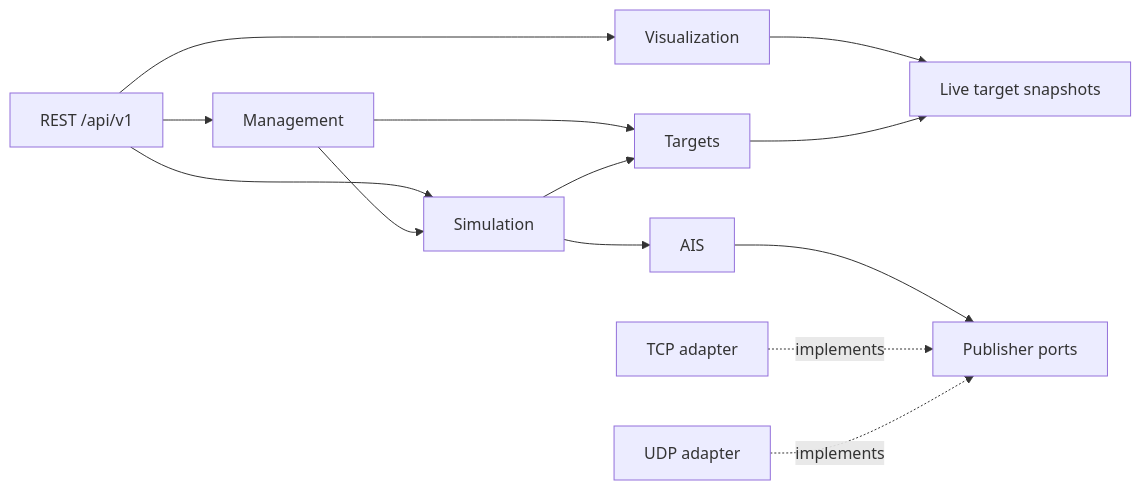
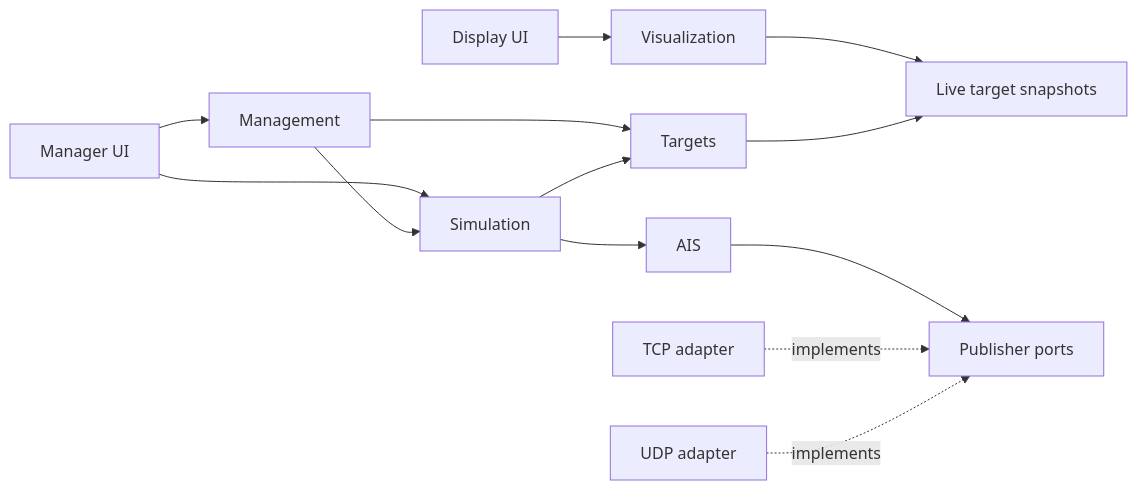
The diagram in README.md (miroslav-matejovsky/ais-test-bench), drawn with Mermaid before and after one commit. The commit also changed other lines of this file and 42 other files, not shown here.

````diff
--- a/README.md
+++ b/README.md
@@ -27,15 +26,15 @@
 ```mermaid
 flowchart LR
-    HTTP["REST /api/v1"] --> Management
-    HTTP --> Visualization
-    HTTP --> Simulation
+    Manager["Manager UI"] --> Management
+    Manager --> Simulation
+    Display["Display UI"] --> Visualization
     Management --> Simulation
     Management --> Targets
     Visualization --> Snapshots["Live target snapshots"]
     Simulation --> Targets
     Simulation --> AIS
     Targets --> Snapshots
     AIS --> Ports["Publisher ports"]
     TCP["TCP adapter"] -. implements .-> Ports
     UDP["UDP adapter"] -. implements .-> Ports
 ```
````
